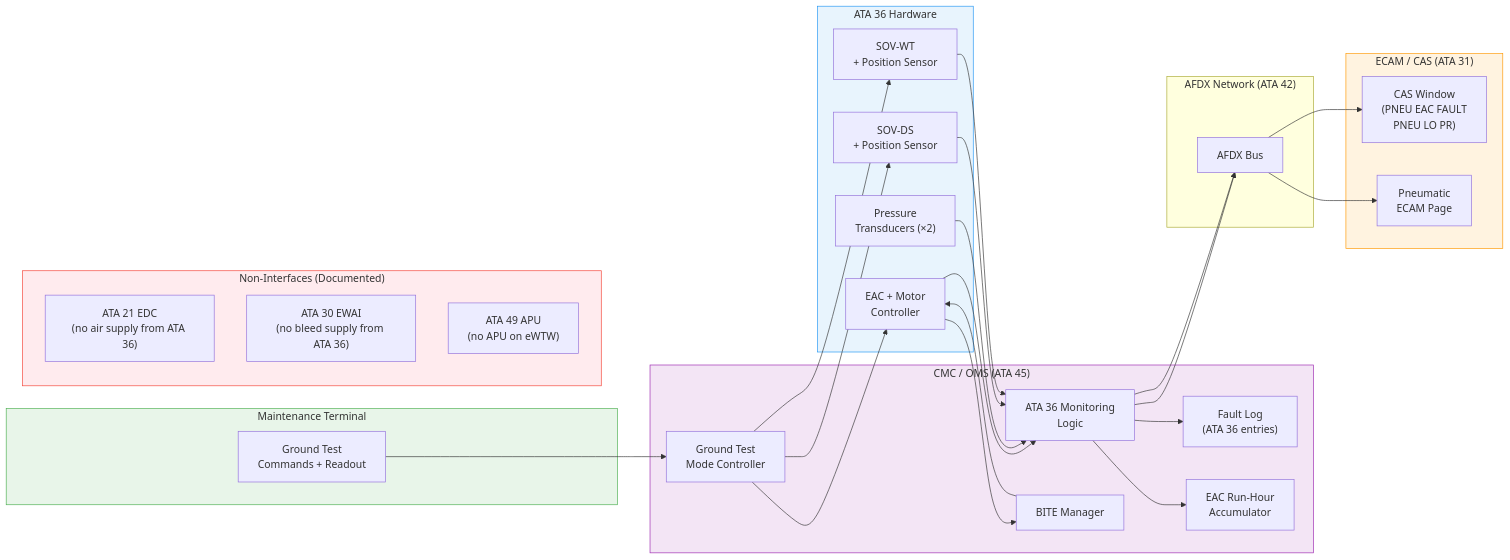
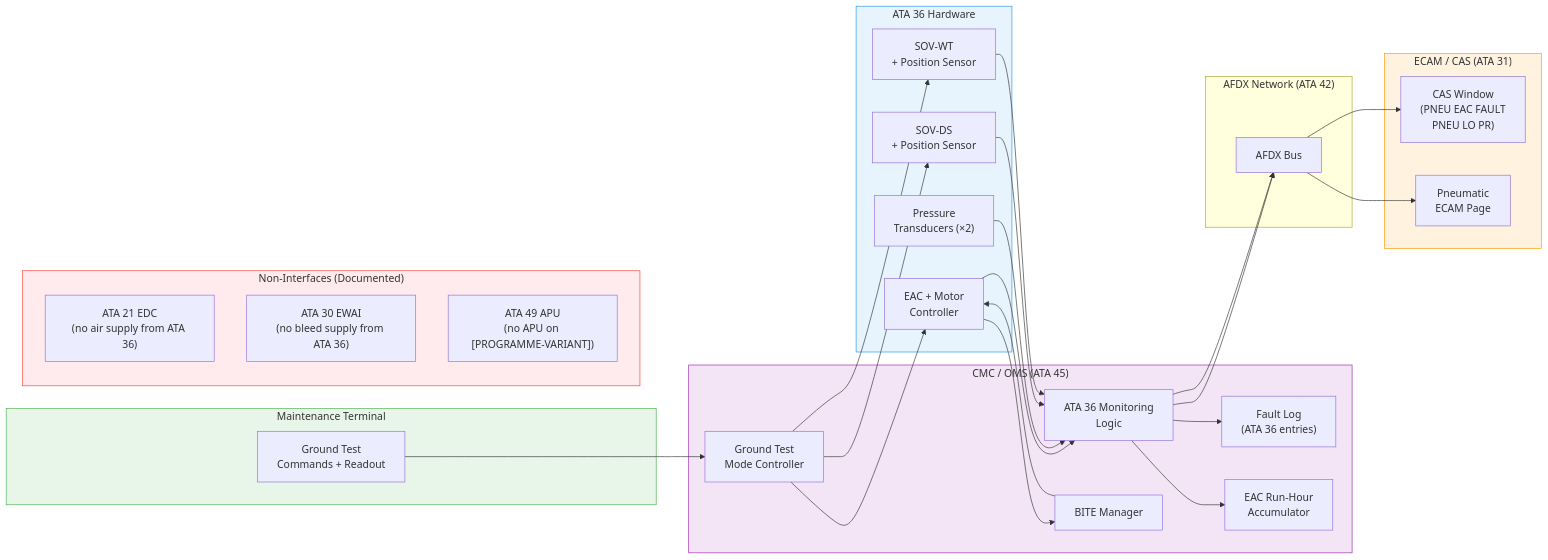
Before and after one commit to AmedeoPelliccia/Qplus-For-All-Queer-People-and-Quantum: the first of 3 diagrams in Q+ATLANTIDE/000-099_ATLAS/030-039_Proteccion-y-Sistemas-Mecanicos/036_Pneumatic/036-080-Pneumatic-Monitoring-Diagnostics-and-Control-Interfaces.md, drawn with Mermaid. The commit also changed other lines of this file and 676 other files, not shown here.

First line of the commit message:
feat: de-programmatize all ATLAS standard files — remove AMPEL360E/eWTW programme content

````diff
--- a/Q+ATLANTIDE/000-099_ATLAS/030-039_Proteccion-y-Sistemas-Mecanicos/036_Pneumatic/036-080-Pneumatic-Monitoring-Diagnostics-and-Control-Interfaces.md
+++ b/Q+ATLANTIDE/000-099_ATLAS/030-039_Proteccion-y-Sistemas-Mecanicos/036_Pneumatic/036-080-Pneumatic-Monitoring-Diagnostics-and-Control-Interfaces.md
@@ -260,52 +249,52 @@
 ```mermaid
 flowchart LR
     subgraph ATA36_HW["ATA 36 Hardware"]
         EAC["EAC + Motor\nController"]
         PT["Pressure\nTransducers (×2)"]
         SOV_DS["SOV-DS\n+ Position Sensor"]
         SOV_WT["SOV-WT\n+ Position Sensor"]
     end
     subgraph CMC["CMC / OMS (ATA 45)"]
         CMC_LOGIC["ATA 36 Monitoring\nLogic"]
         FAULT_LOG["Fault Log\n(ATA 36 entries)"]
         RUN_HOURS["EAC Run-Hour\nAccumulator"]
         BITE_MGR["BITE Manager"]
         GT_MODE["Ground Test\nMode Controller"]
     end
     subgraph AFDX["AFDX Network (ATA 42)"]
         BUS["AFDX Bus"]
     end
     subgraph ECAM_DISP["ECAM / CAS (ATA 31)"]
         CAS["CAS Window\n(PNEU EAC FAULT\nPNEU LO PR)"]
         PNEU_PAGE["Pneumatic\nECAM Page"]
     end
     subgraph MAINT["Maintenance Terminal"]
         TERM["Ground Test\nCommands + Readout"]
     end
     subgraph NON_INT["Non-Interfaces (Documented)"]
         ATA21["ATA 21 EDC\n(no air supply from ATA 36)"]
         ATA30["ATA 30 EWAI\n(no bleed supply from ATA 36)"]
-        ATA49["ATA 49 APU\n(no APU on eWTW)"]
+        ATA49["ATA 49 APU\n(no APU on [PROGRAMME-VARIANT])"]
     end
 
     EAC --> CMC_LOGIC
     PT --> CMC_LOGIC
     SOV_DS --> CMC_LOGIC
     SOV_WT --> CMC_LOGIC
     CMC_LOGIC --> FAULT_LOG
     CMC_LOGIC --> RUN_HOURS
     BITE_MGR --> EAC
     EAC --> BITE_MGR
     CMC_LOGIC --> BUS --> CAS
     CMC_LOGIC --> BUS --> PNEU_PAGE
     GT_MODE --> EAC
     GT_MODE --> SOV_DS
     GT_MODE --> SOV_WT
     TERM --> GT_MODE
 
     style ATA36_HW fill:#e8f4fd,stroke:#2196F3
     style CMC fill:#f3e5f5,stroke:#9C27B0
     style ECAM_DISP fill:#fff3e0,stroke:#FF9800
     style NON_INT fill:#ffebee,stroke:#f44336
     style MAINT fill:#e8f5e9,stroke:#4CAF50
 ```
````
